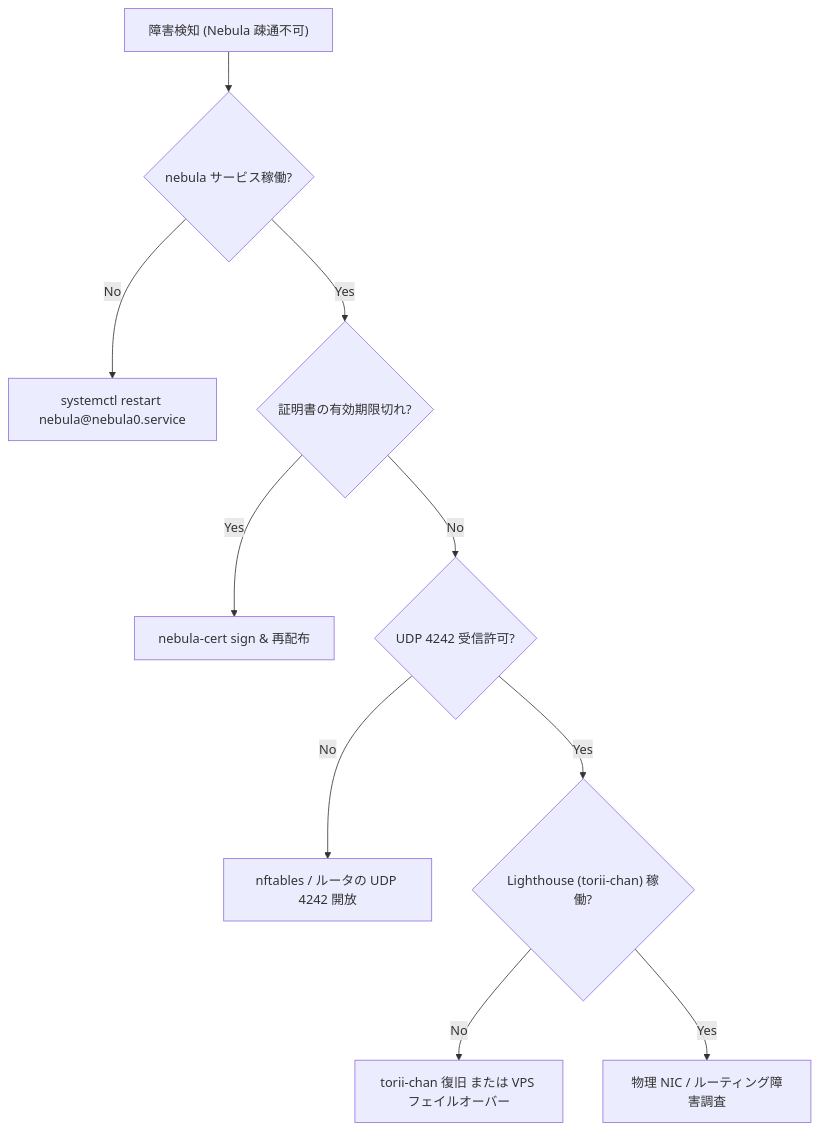
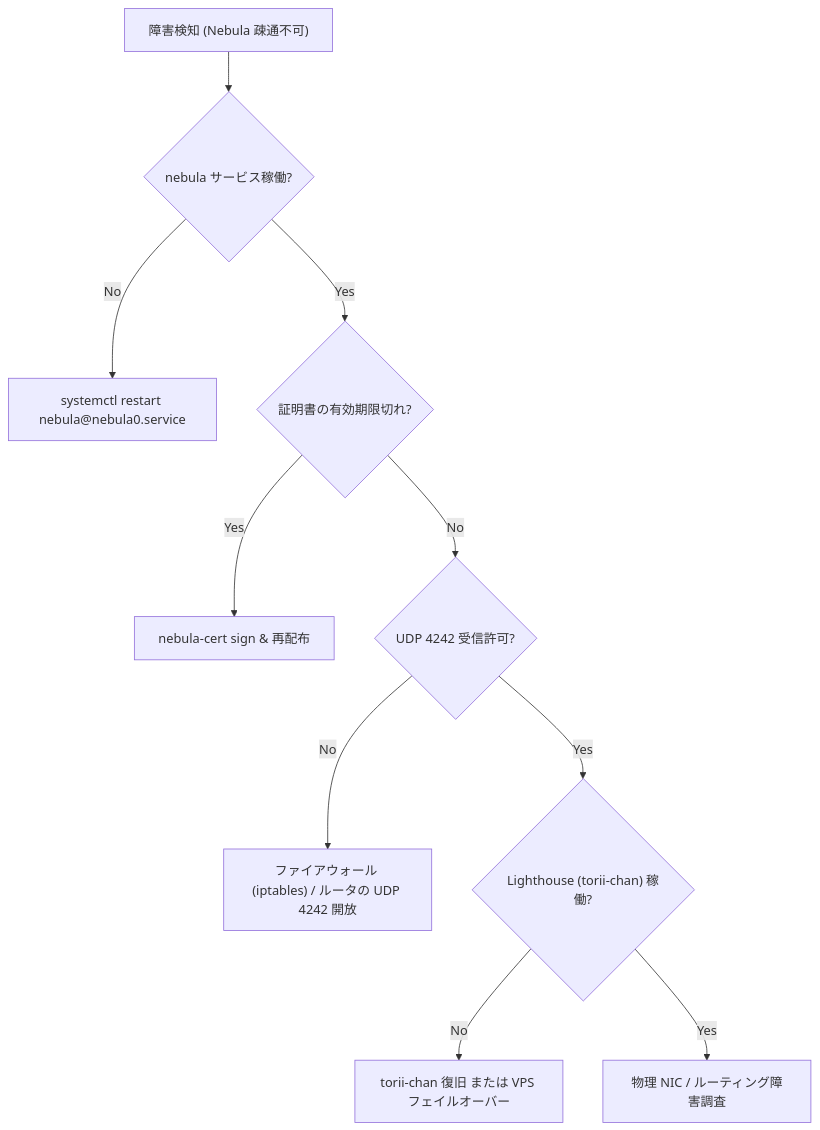
The first of 2 diagrams in docs/troubleshooting/network-recovery.md (t3u-tsu/nix-config), drawn with Mermaid before and after one commit. The commit also changed other lines of this file and 2 other files, not shown here.

Commit message:
docs: correct restic ownership, service units, and firewall backends

````diff
--- a/docs/troubleshooting/network-recovery.md
+++ b/docs/troubleshooting/network-recovery.md
@@ -15,12 +15,12 @@
 ```mermaid
 flowchart TD
     Start["障害検知 (Nebula 疎通不可)"] --> CheckService{"nebula サービス稼働?"}
     CheckService -- No --> RestartService["systemctl restart nebula@nebula0.service"]
     CheckService -- Yes --> CheckCert{"証明書の有効期限切れ?"}
     CheckCert -- Yes --> RefreshCert["nebula-cert sign & 再配布"]
     CheckCert -- No --> CheckFirewall{"UDP 4242 受信許可?"}
-    CheckFirewall -- No --> FixFW["nftables / ルータの UDP 4242 開放"]
+    CheckFirewall -- No --> FixFW["ファイアウォール (iptables) / ルータの UDP 4242 開放"]
     CheckFirewall -- Yes --> CheckLighthouse{"Lighthouse (torii-chan) 稼働?"}
     CheckLighthouse -- No --> RescueLighthouse["torii-chan 復旧 または VPS フェイルオーバー"]
     CheckLighthouse -- Yes --> OtherNet["物理 NIC / ルーティング障害調査"]
 ```
````
